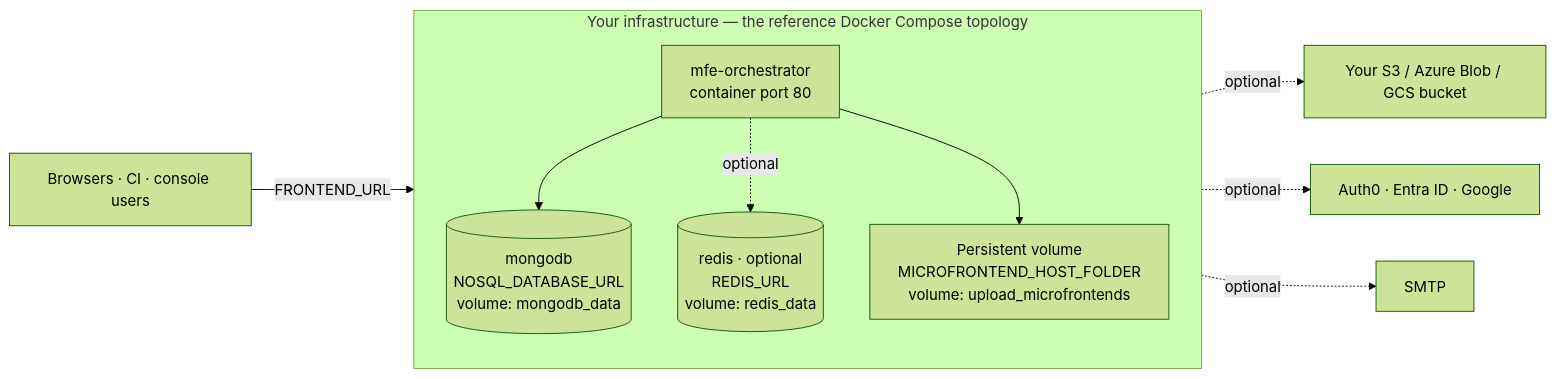
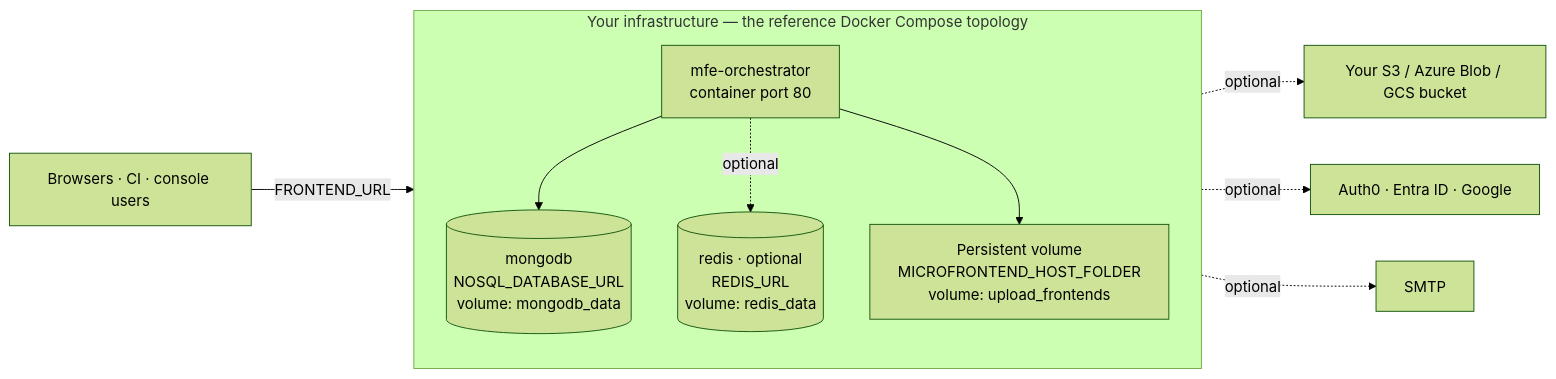
The fourth of 4 diagrams in docs/architecture.md (mfe-orchestrator/documentation), drawn with Mermaid (forest theme) before and after one commit. The commit also changed other lines of this file and 72 other files, not shown here.

````diff
--- a/docs/architecture.md
+++ b/docs/architecture.md
@@ -234,18 +234,18 @@
 ```mermaid
 flowchart LR
     subgraph host["Your infrastructure — the reference Docker Compose topology"]
         direction TB
         app["mfe-orchestrator<br/>container port 80"]
         mongo[("mongodb<br/>NOSQL_DATABASE_URL<br/>volume: mongodb_data")]
         redis[("redis · optional<br/>REDIS_URL<br/>volume: redis_data")]
-        vol["Persistent volume<br/>MICROFRONTEND_HOST_FOLDER<br/>volume: upload_microfrontends"]
+        vol["Persistent volume<br/>MICROFRONTEND_HOST_FOLDER<br/>volume: upload_frontends"]
         app --> mongo
         app -.->|"optional"| redis
         app --> vol
     end
 
     users["Browsers · CI · console users"] -->|"FRONTEND_URL"| app
     app -.->|"optional"| cloud["Your S3 / Azure Blob / GCS bucket"]
     app -.->|"optional"| idp["Auth0 · Entra ID · Google"]
     app -.->|"optional"| smtp["SMTP"]
 ```
````
